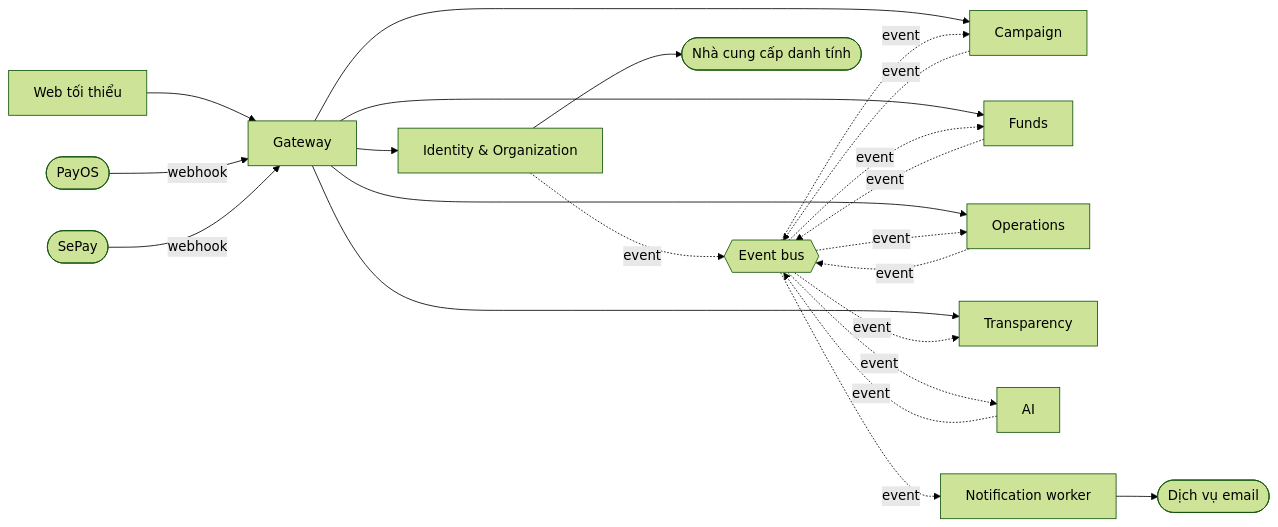
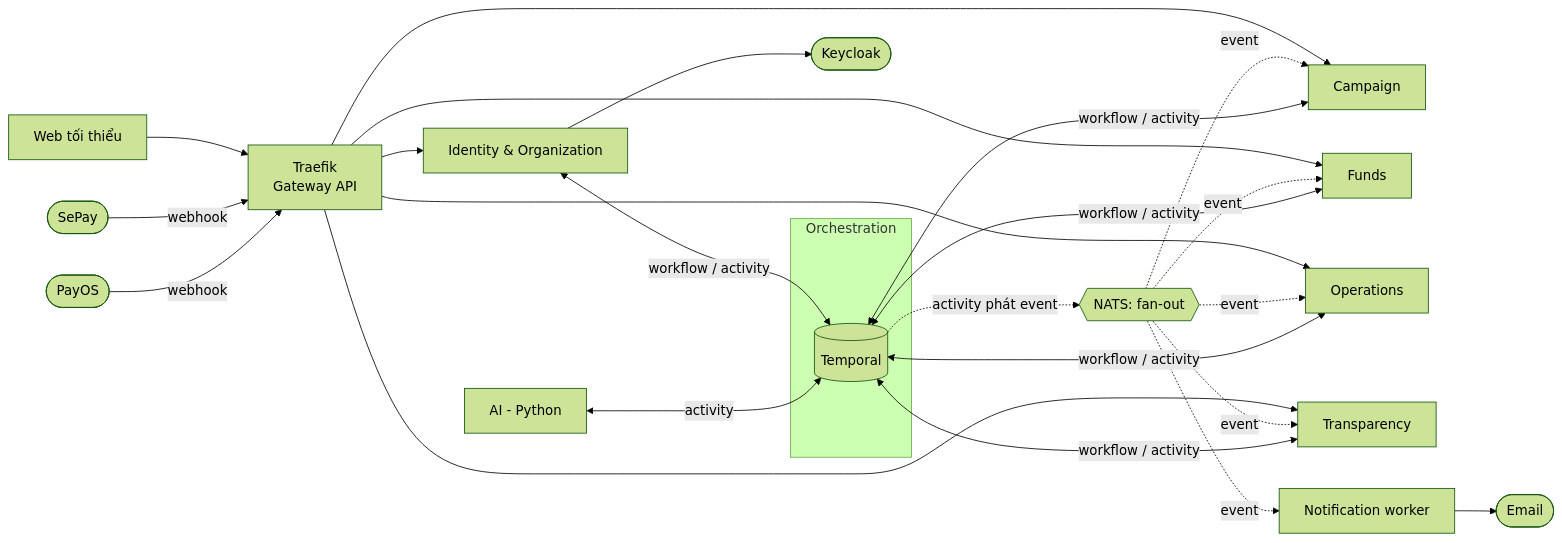
The first of 4 diagrams in docs/rewrite/02-decomposition.md (phuoctmse/FoodFund-Microservices), drawn with Mermaid (forest theme) before and after one commit. The commit also changed other lines of this file, not shown here.

First line of the commit message:
docs(rewrite): rewrite decomposition v1.1 around Temporal orchestration

````diff
--- a/docs/rewrite/02-decomposition.md
+++ b/docs/rewrite/02-decomposition.md
@@ -24,19 +29,24 @@
 ```mermaid
 flowchart LR
-    Web[Web tối thiểu] --> GW[Gateway]
+    Web[Web tối thiểu] --> GW[Traefik<br/>Gateway API]
+    SePay([SePay]) -- webhook --> GW
     PayOS([PayOS]) -- webhook --> GW
-    SePay([SePay]) -- webhook --> GW
     GW --> IDO[Identity & Organization]
     GW --> CMP[Campaign]
     GW --> FND[Funds]
     GW --> OPS[Operations]
     GW --> TRN[Transparency]
-    IDO -. event .-> BUS{{Event bus}}
-    CMP -. event .-> BUS
-    FND -. event .-> BUS
-    OPS -. event .-> BUS
-    AI[AI] -. event .-> BUS
-    BUS -. event .-> CMP & FND & OPS & TRN & AI & NTF[Notification worker]
-    NTF --> Mail([Dịch vụ email])
-    IDO --> IdP([Nhà cung cấp danh tính])
+    subgraph Orchestration
+        TMP[(Temporal)]
+    end
+    CMP <-- workflow / activity --> TMP
+    FND <-- workflow / activity --> TMP
+    OPS <-- workflow / activity --> TMP
+    TRN <-- workflow / activity --> TMP
+    IDO <-- workflow / activity --> TMP
+    AI[AI - Python] <-- activity --> TMP
+    TMP -. activity phát event .-> BUS{{NATS: fan-out}}
+    BUS -. event .-> TRN & NTF[Notification worker] & CMP & FND & OPS
+    NTF --> Mail([Email])
+    IDO --> KC([Keycloak])
 ```
````
